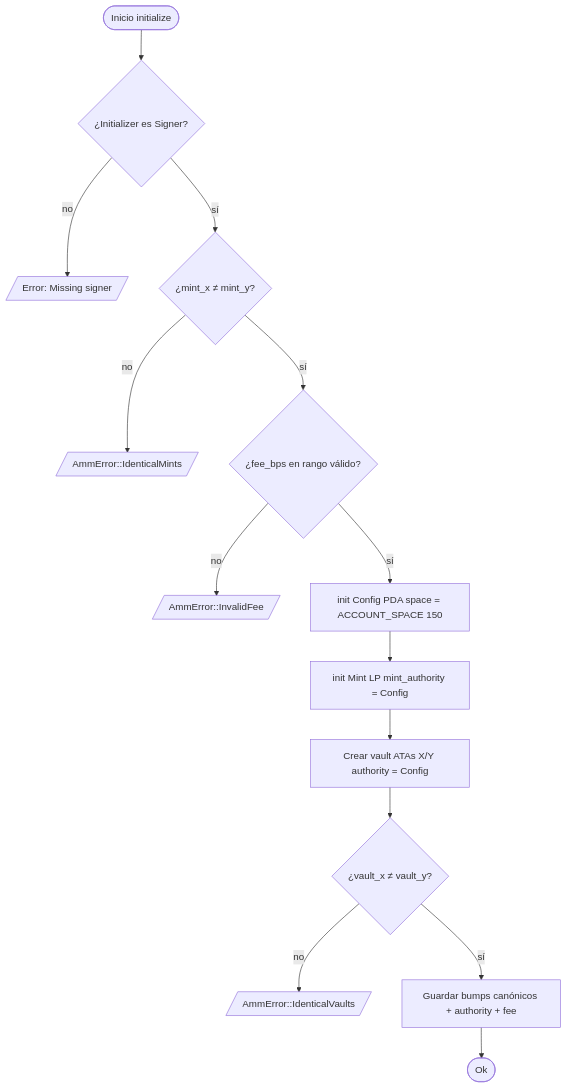
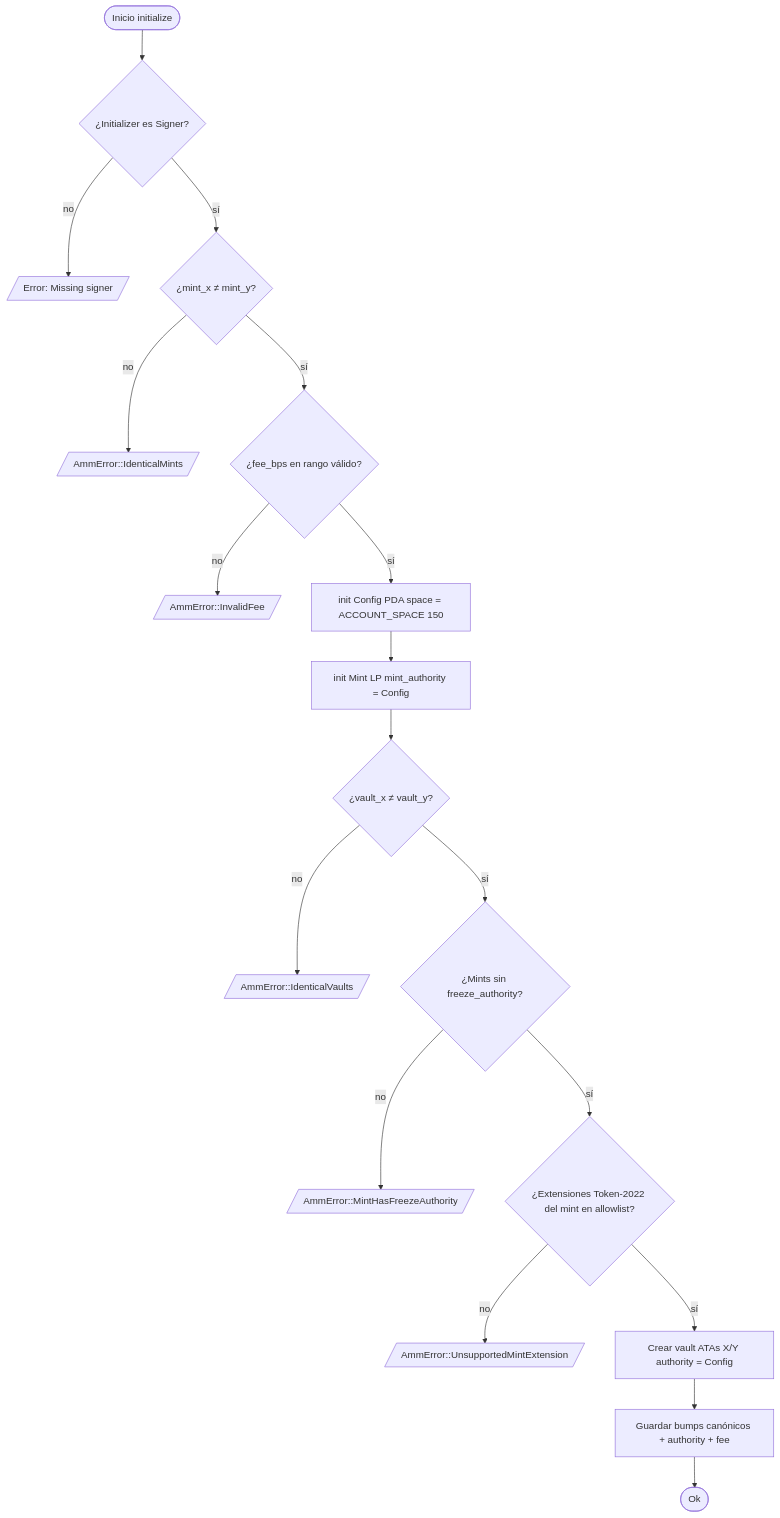
One commit to rastrahm/solana-amm-anchor changed the first of 6 diagrams in doc/flujograma-ES.md. Above: the diagram before and after it, drawn with Mermaid. The commit also changed other lines of this file and 29 other files, not shown here.

````diff
--- a/doc/flujograma-ES.md
+++ b/doc/flujograma-ES.md
@@ -11,16 +11,20 @@
 ```mermaid
 flowchart TD
     A([Inicio initialize]) --> B{¿Initializer es Signer?}
     B -->|no| E1[/Error: Missing signer/]
     B -->|sí| C{¿mint_x ≠ mint_y?}
     C -->|no| E2[/AmmError::IdenticalMints/]
     C -->|sí| D{¿fee_bps en rango válido?}
     D -->|no| E3[/AmmError::InvalidFee/]
     D -->|sí| F[init Config PDA space = ACCOUNT_SPACE 150]
     F --> G[init Mint LP mint_authority = Config]
-    G --> H[Crear vault ATAs X/Y authority = Config]
-    H --> I{¿vault_x ≠ vault_y?}
+    G --> I{¿vault_x ≠ vault_y?}
     I -->|no| E4[/AmmError::IdenticalVaults/]
-    I -->|sí| J[Guardar bumps canónicos + authority + fee]
+    I -->|sí| FZ{¿Mints sin freeze_authority?}
+    FZ -->|no| E6[/AmmError::MintHasFreezeAuthority/]
+    FZ -->|sí| X{¿Extensiones Token-2022 del mint en allowlist?}
+    X -->|no| E5[/AmmError::UnsupportedMintExtension/]
+    X -->|sí| H[Crear vault ATAs X/Y authority = Config]
+    H --> J[Guardar bumps canónicos + authority + fee]
     J --> K([Ok])
 ```
````
